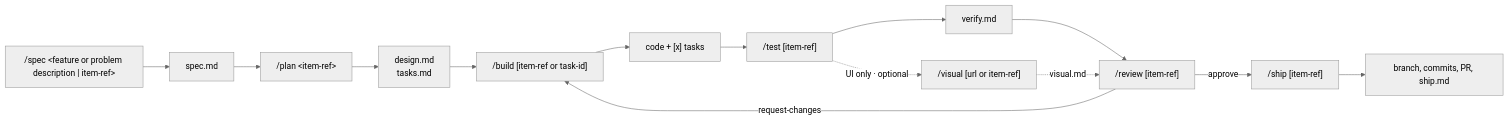
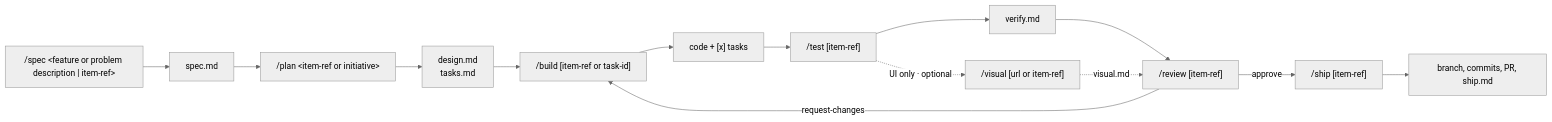
One commit to 49115566/opencode-framework changed the first of 2 diagrams in README.md. Above: the diagram before and after it, drawn with Mermaid (neutral theme). The commit also changed other lines of this file and 5 other files, not shown here.

````diff
--- a/README.md
+++ b/README.md
@@ -137,17 +137,17 @@
 ```mermaid
 flowchart LR
     spec["/spec &lt;feature or problem description | item-ref&gt;"] --> specmd["spec.md"]
-    specmd --> plan["/plan &lt;item-ref&gt;"]
+    specmd --> plan["/plan &lt;item-ref or initiative&gt;"]
     plan --> design["design.md<br/>tasks.md"]
     design --> build["/build [item-ref or task-id]"]
     build --> code["code + [x] tasks"]
     code --> test["/test [item-ref]"]
     test --> verify["verify.md"]
     verify --> review["/review [item-ref]"]
     review -->|request-changes| build
     review -->|approve| ship["/ship [item-ref]"]
     ship --> pr["branch, commits, PR, ship.md"]
 
     test -.->|"UI only · optional"| visual["/visual [url or item-ref]"]
     visual -.->|visual.md| review
 ```
````
